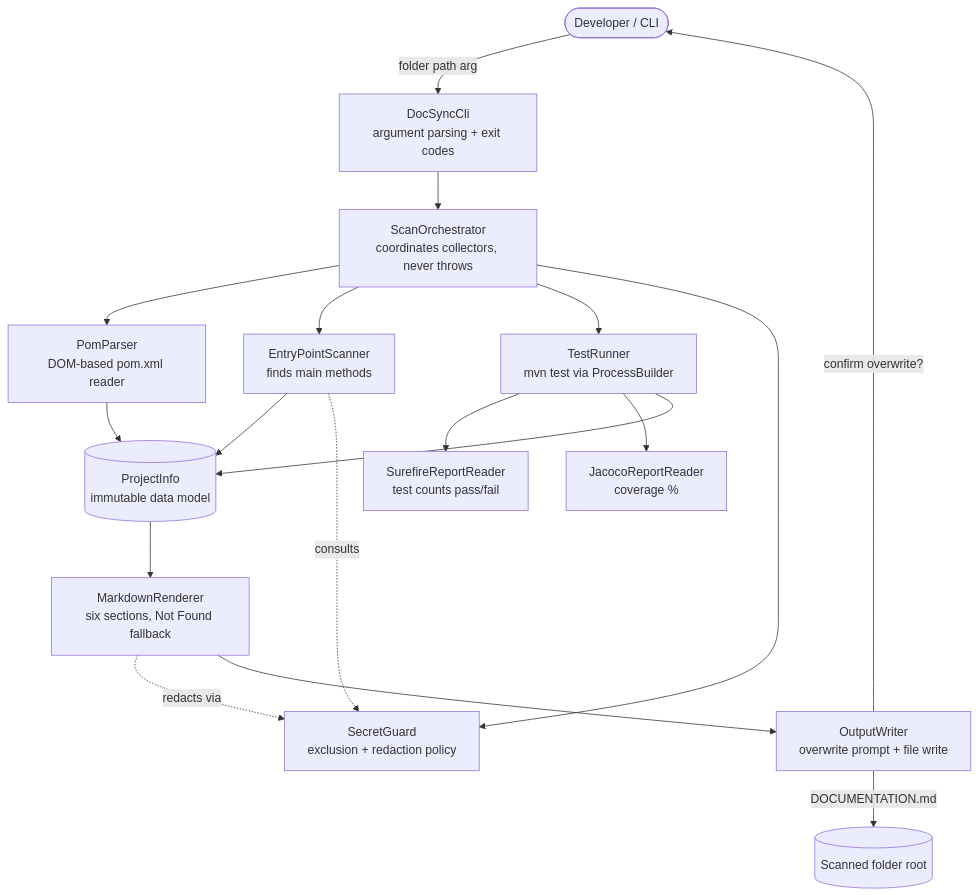
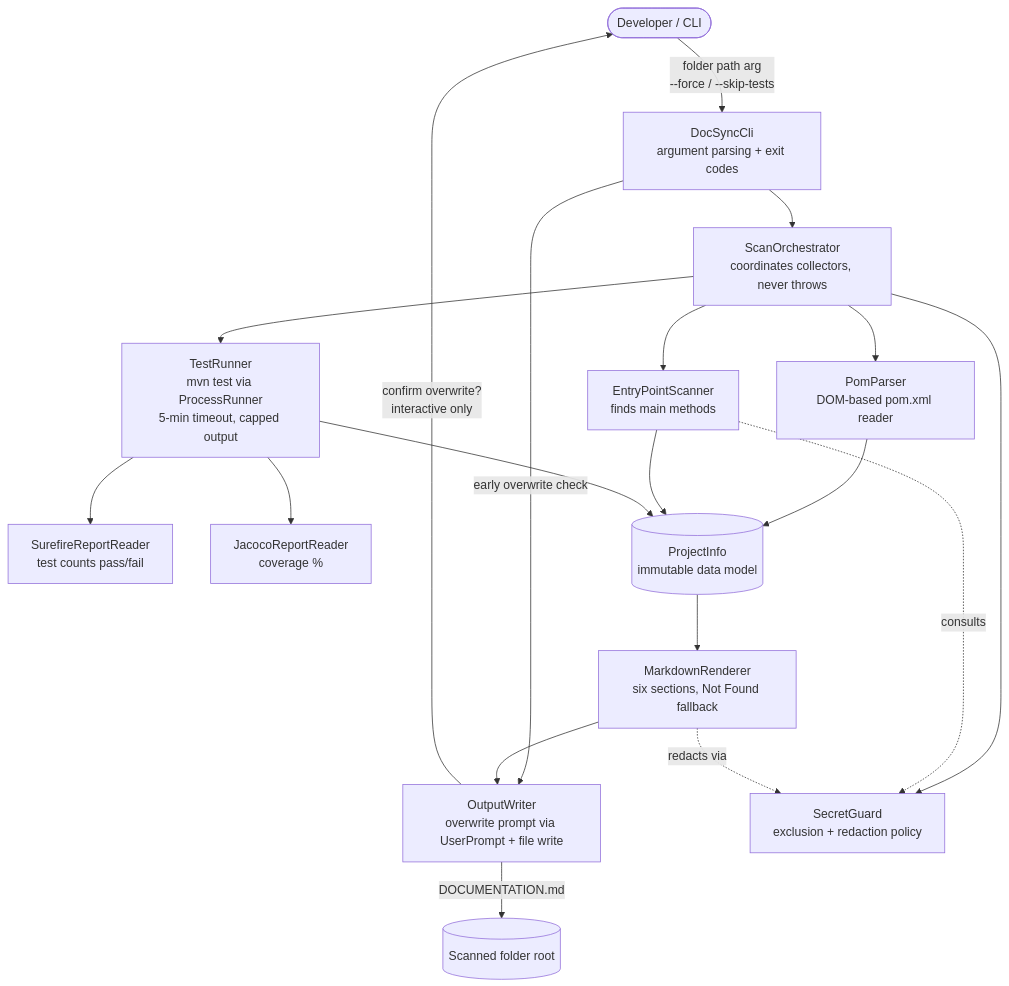
One commit to vidhi2502/agentic-sdlc-capstone changed the first of 2 diagrams in docs/architecture.md. Above: the diagram before and after it, drawn with Mermaid. The commit also changed other lines of this file and 2 other files, not shown here.

Commit message:
docs(design-review): add review and update architecture

````diff
--- a/docs/architecture.md
+++ b/docs/architecture.md
@@ -22,20 +23,21 @@
 ```mermaid
 flowchart TD
-    User([Developer / CLI]) -->|folder path arg| CLI[DocSyncCli<br/>argument parsing + exit codes]
+    User([Developer / CLI]) -->|folder path arg<br/>--force / --skip-tests| CLI[DocSyncCli<br/>argument parsing + exit codes]
+    CLI -->|early overwrite check| WRITE
     CLI --> ORCH[ScanOrchestrator<br/>coordinates collectors, never throws]
     ORCH --> POM[PomParser<br/>DOM-based pom.xml reader]
     ORCH --> EPS[EntryPointScanner<br/>finds main methods]
-    ORCH --> TEST[TestRunner<br/>mvn test via ProcessBuilder]
+    ORCH --> TEST[TestRunner<br/>mvn test via ProcessRunner<br/>5-min timeout, capped output]
     TEST --> SURE[SurefireReportReader<br/>test counts pass/fail]
     TEST --> JACO[JacocoReportReader<br/>coverage %]
     POM --> MODEL[(ProjectInfo<br/>immutable data model)]
     EPS --> MODEL
     TEST --> MODEL
     ORCH --> SEC[SecretGuard<br/>exclusion + redaction policy]
     EPS -.consults.-> SEC
     MODEL --> REN[MarkdownRenderer<br/>six sections, Not Found fallback]
     REN -.redacts via.-> SEC
-    REN --> WRITE[OutputWriter<br/>overwrite prompt + file write]
+    REN --> WRITE[OutputWriter<br/>overwrite prompt via UserPrompt + file write]
     WRITE -->|DOCUMENTATION.md| FS[(Scanned folder root)]
-    WRITE -->|confirm overwrite?| User
+    WRITE -->|confirm overwrite?<br/>interactive only| User
 ```
````
